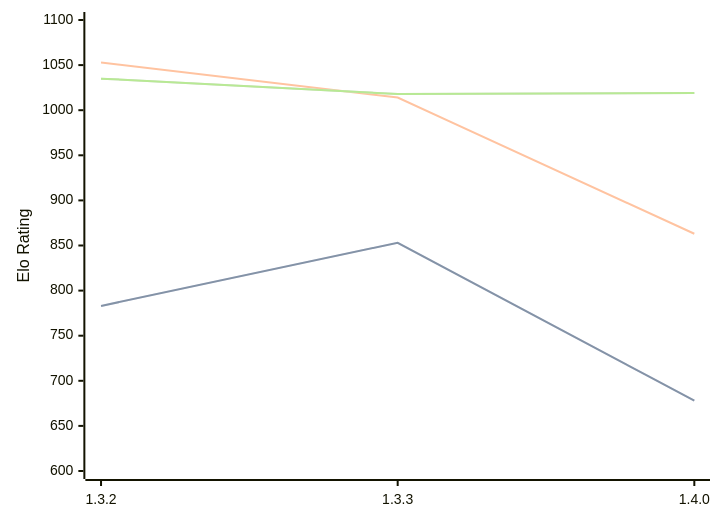
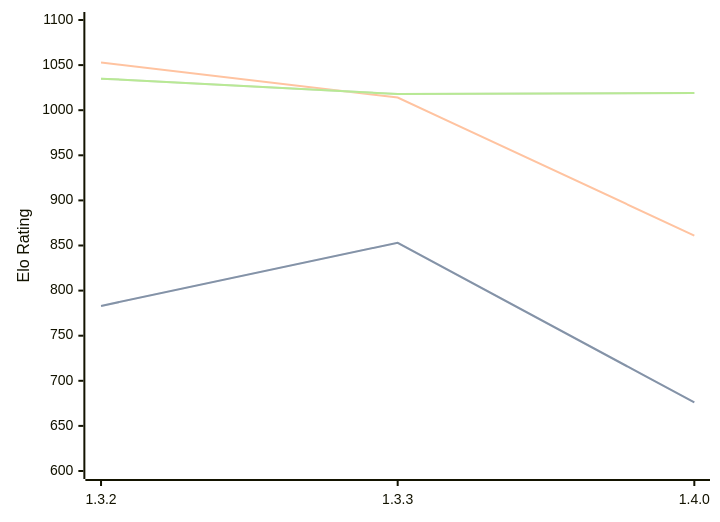
Before and after one commit to computer-chess-index/cci: the diagram in engines/Whitespine.md, drawn with Mermaid. The commit also changed other lines of this file, not shown here.

````diff
--- a/engines/Whitespine.md
+++ b/engines/Whitespine.md
@@ -36,11 +36,11 @@
 ```mermaid
 %%{init: {"theme":"base","themeVariables":{"seriesColors:['#a3a3a3','#222221','#faa371']}}}%%
 xychart-beta
   x-axis ["1.3.2", "1.3.3", "1.4.0"]
   y-axis "Elo Rating" 600 --> 1100
-  line "STC (8.0+0.08s)" [783, 853, 678]
-  line "STC (8.0+0.08s)" [783, 853, 678]
-  line "LTC (60.0+0.60s)" [1053, 1014, 863]
+  line "STC (8.0+0.08s)" [783, 853, 676]
+  line "STC (8.0+0.08s)" [783, 853, 676]
+  line "LTC (60.0+0.60s)" [1053, 1014, 861]
   line "VLTC (2m24s+1.12s)" [1035, 1018, 1019]
   line "VLTC (2m24s+1.12s)" [1035, 1018, 1019]
 ```
````
